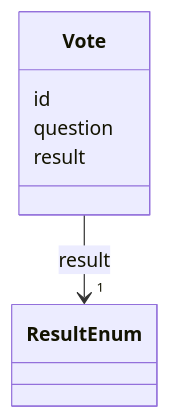
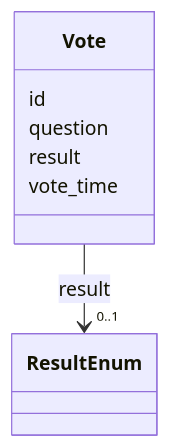
The diagram in Gx_tutorial/output/docs/Vote.md (swiss/political-affairs-ech-group), drawn with Mermaid before and after one commit. The commit also changed other lines of this file and 45 other files, not shown here.

````diff
--- a/Gx_tutorial/output/docs/Vote.md
+++ b/Gx_tutorial/output/docs/Vote.md
@@ -14,21 +14,23 @@
 ```mermaid
  classDiagram
     class Vote
     click Vote href "../Vote"
       Vote : id
         
       Vote : question
         
       Vote : result
         
           
     
         
         
-        Vote --> "1" ResultEnum : result
+        Vote --> "0..1" ResultEnum : result
         click ResultEnum href "../ResultEnum"
     
 
         
+      Vote : vote_time
+        
       
 ```
````
